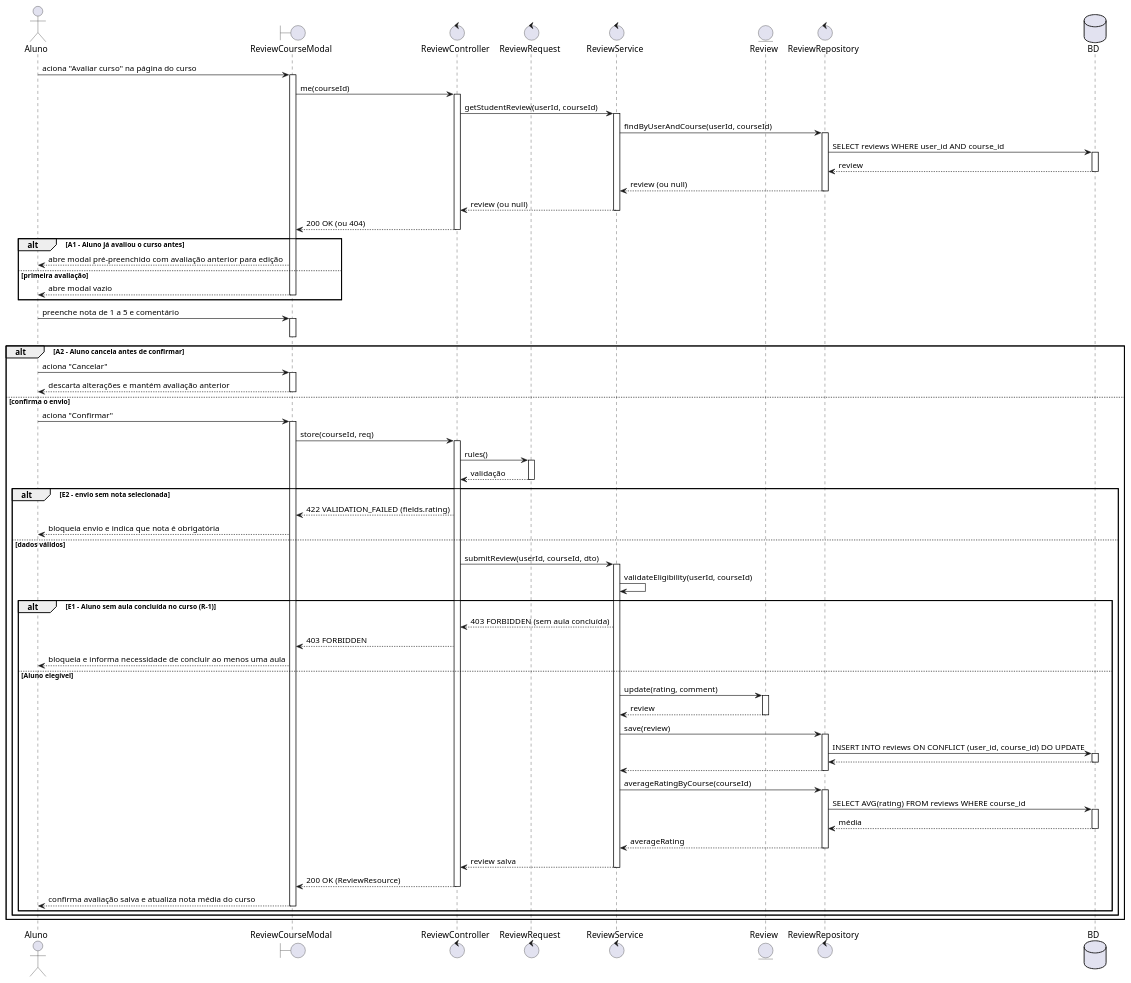
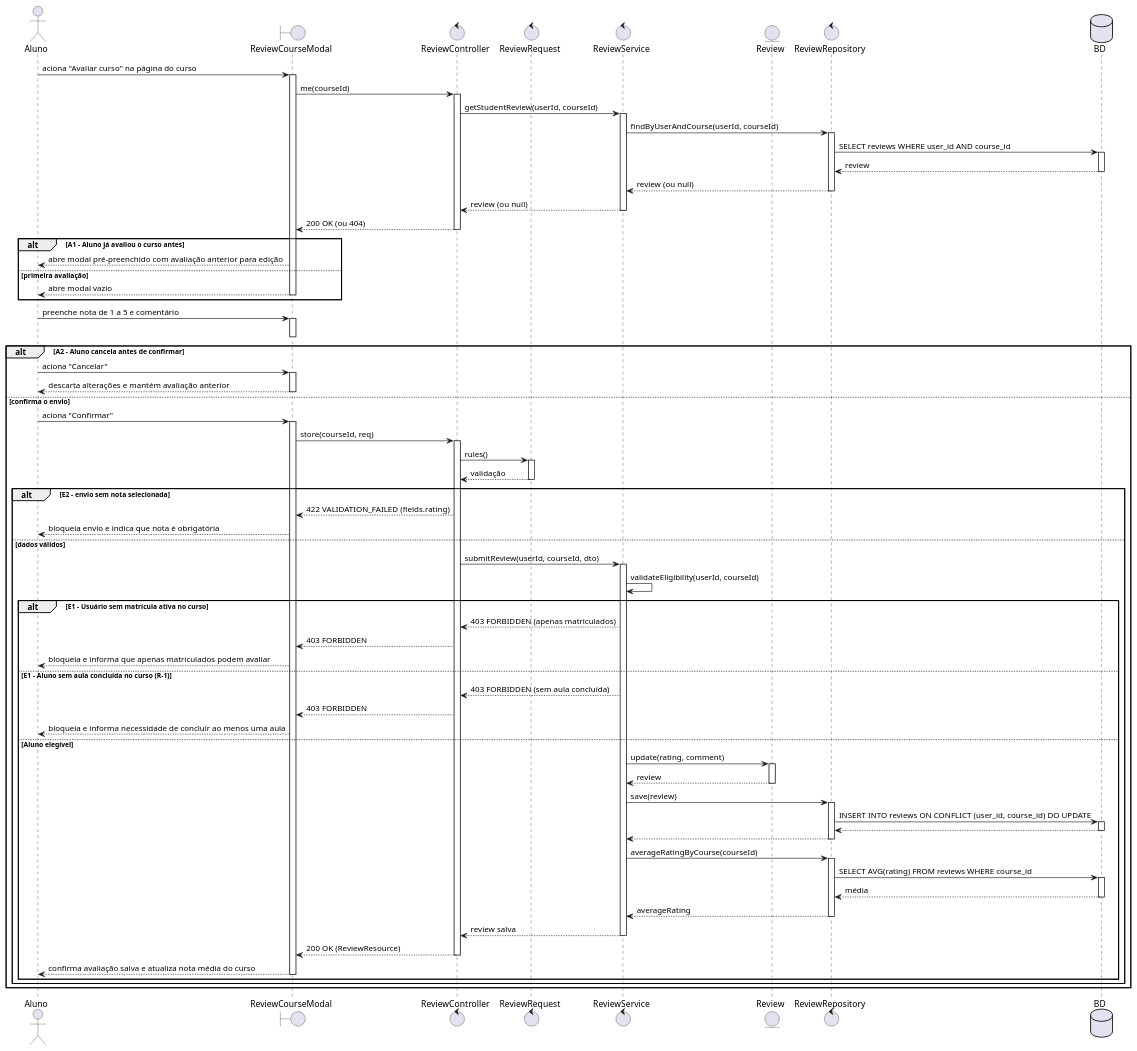
One commit to Plataforma-de-Cursos-TCC/plataforma-cursos-docs changed the diagram in scripts/drawio-seqgen/exemplos/14-sequencia-uc010.puml. Above: the diagram before and after it, drawn with PlantUML. The commit also changed 30 other files, not shown here.

First line of the commit message:
fix(area-c): snapshot quiz answers and align UC, sequences and classes

```diff
--- a/scripts/drawio-seqgen/exemplos/14-sequencia-uc010.puml
+++ b/scripts/drawio-seqgen/exemplos/14-sequencia-uc010.puml
@@ -3,61 +3,65 @@
 @startuml 14-sequencia-uc010
 actor Aluno
 boundary ReviewCourseModal
 control ReviewController
 control ReviewRequest
 control ReviewService
 entity Review
 control ReviewRepository
 database BD
 Aluno -> ReviewCourseModal ++ : aciona "Avaliar curso" na página do curso
 ReviewCourseModal -> ReviewController ++ : me(courseId)
 ReviewController -> ReviewService ++ : getStudentReview(userId, courseId)
 ReviewService -> ReviewRepository ++ : findByUserAndCourse(userId, courseId)
 ReviewRepository -> BD ++ : SELECT reviews WHERE user_id AND course_id
 BD --> ReviewRepository -- : review
 ReviewRepository --> ReviewService -- : review (ou null)
 ReviewService --> ReviewController -- : review (ou null)
 ReviewController --> ReviewCourseModal -- : 200 OK (ou 404)
 alt A1 - Aluno já avaliou o curso antes
 ReviewCourseModal --> Aluno : abre modal pré-preenchido com avaliação anterior para edição
 else primeira avaliação
 ReviewCourseModal --> Aluno -- : abre modal vazio
 end
 Aluno -> ReviewCourseModal ++ : preenche nota de 1 a 5 e comentário
 deactivate ReviewCourseModal
 alt A2 - Aluno cancela antes de confirmar
 Aluno -> ReviewCourseModal ++ : aciona "Cancelar"
 ReviewCourseModal --> Aluno -- : descarta alterações e mantém avaliação anterior
 else confirma o envio
 Aluno -> ReviewCourseModal ++ : aciona "Confirmar"
 ReviewCourseModal -> ReviewController ++ : store(courseId, req)
 ReviewController -> ReviewRequest ++ : rules()
 ReviewRequest --> ReviewController -- : validação
 alt E2 - envio sem nota selecionada
 ReviewController --> ReviewCourseModal : 422 VALIDATION_FAILED (fields.rating)
 ReviewCourseModal --> Aluno : bloqueia envio e indica que nota é obrigatória
 else dados válidos
 ReviewController -> ReviewService ++ : submitReview(userId, courseId, dto)
 ReviewService -> ReviewService : validateEligibility(userId, courseId)
-alt E1 - Aluno sem aula concluída no curso (R-1)
+alt E1 - Usuário sem matrícula ativa no curso
+ReviewService --> ReviewController : 403 FORBIDDEN (apenas matriculados)
+ReviewController --> ReviewCourseModal : 403 FORBIDDEN
+ReviewCourseModal --> Aluno : bloqueia e informa que apenas matriculados podem avaliar
+else E1 - Aluno sem aula concluída no curso (R-1)
 ReviewService --> ReviewController : 403 FORBIDDEN (sem aula concluída)
 ReviewController --> ReviewCourseModal : 403 FORBIDDEN
 ReviewCourseModal --> Aluno : bloqueia e informa necessidade de concluir ao menos uma aula
 else Aluno elegível
 ReviewService -> Review ++ : update(rating, comment)
 Review --> ReviewService -- : review
 ReviewService -> ReviewRepository ++ : save(review)
 ReviewRepository -> BD ++ : INSERT INTO reviews ON CONFLICT (user_id, course_id) DO UPDATE
 BD --> ReviewRepository --
 ReviewRepository --> ReviewService --
 ReviewService -> ReviewRepository ++ : averageRatingByCourse(courseId)
 ReviewRepository -> BD ++ : SELECT AVG(rating) FROM reviews WHERE course_id
 BD --> ReviewRepository -- : média
 ReviewRepository --> ReviewService -- : averageRating
 ReviewService --> ReviewController -- : review salva
 ReviewController --> ReviewCourseModal -- : 200 OK (ReviewResource)
 ReviewCourseModal --> Aluno -- : confirma avaliação salva e atualiza nota média do curso
 end
 end
 end
 @enduml
```
